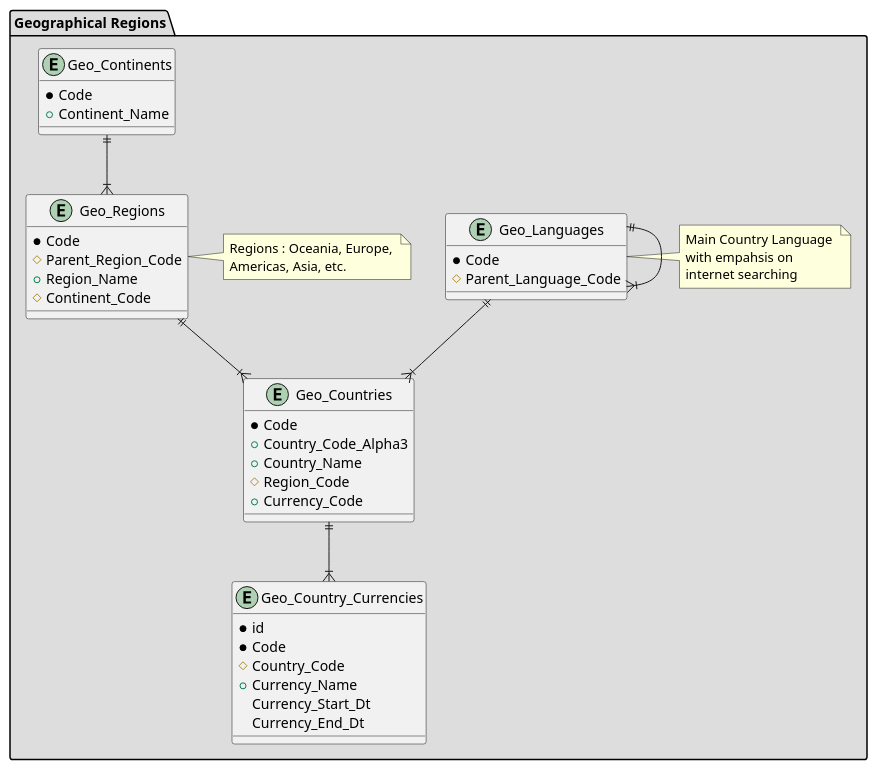
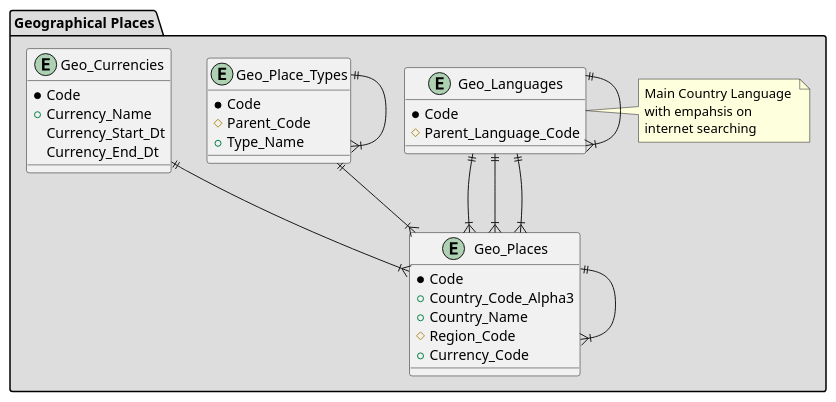
The diagram in projects/Ora-DevOps-DB/030-Geo/README.md (mickn277/MV5DevOps), drawn with PlantUML before and after one commit. The commit also changed other lines of this file and 1 other file, not shown here.

Commit message:
Changes to Geo docs

````diff
--- a/projects/Ora-DevOps-DB/030-Geo/README.md
+++ b/projects/Ora-DevOps-DB/030-Geo/README.md
@@ -9,56 +31,47 @@
 ```plantuml
 @startuml
-package "Geographical Regions" #DDDDDD {
-    entity Geo_Continents {
+package "Geographical Places" #DDDDDD {
+
+    entity Geo_Place_Types {
         * Code
-        + Continent_Name
+        # Parent_Code
+        + Type_Name
     }
 
-    entity Geo_Regions {
+    entity Geo_Places {
         * Code
-        # Parent_Region_Code
-        + Region_Name
-        # Continent_Code
+        + Country_Code_Alpha3
+        + Country_Name
+        # Region_Code
+        + Currency_Code
     }
-
-    note right of Geo_Regions 
-        Regions : Oceania, Europe, 
-        Americas, Asia, etc.
-    end note
 
     entity Geo_Languages {
         * Code
         # Parent_Language_Code
     }
 
     note right of Geo_Languages 
         Main Country Language 
         with empahsis on 
         internet searching
     end note
 
-    entity Geo_Countries {
+    entity Geo_Currencies {
         * Code
-        + Country_Code_Alpha3
-        + Country_Name
-        # Region_Code
-        + Currency_Code
-    }
-
-    entity Geo_Country_Currencies {
-        * id
-        * Code
-        # Country_Code
         + Currency_Name
         Currency_Start_Dt
         Currency_End_Dt
     }
 
-    Geo_Continents ||--|{ Geo_Regions
-    Geo_Regions ||--|{ Geo_Countries
-    Geo_Countries ||--|{ Geo_Country_Currencies
-    Geo_Languages ||--|{ Geo_Countries
+    Geo_Place_Types ||--|{ Geo_Place_Types
+    Geo_Place_Types ||--|{ Geo_Places
+    Geo_Places ||--|{ Geo_Places
+    Geo_Languages ||--|{ Geo_Places
+    Geo_Languages ||--|{ Geo_Places
+    Geo_Languages ||--|{ Geo_Places
     Geo_Languages ||--|{ Geo_Languages
+    Geo_Currencies ||--|{ Geo_Places
 }
 @enduml
 ```
````
